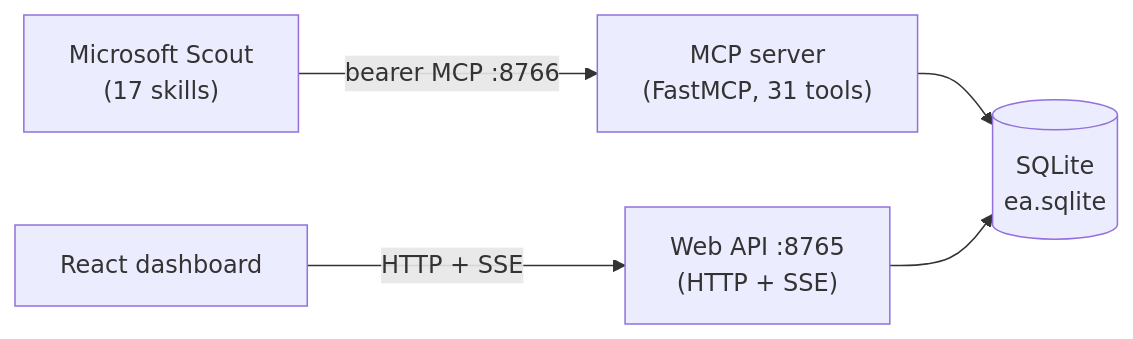
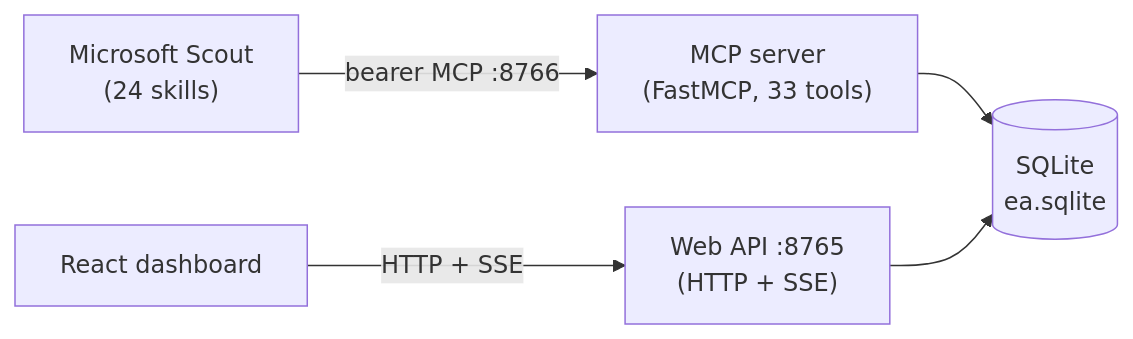
One commit to sgtslaughta/scout_ea changed the diagram in website/docs/architecture.md. Above: the diagram before and after it, drawn with Mermaid. The commit also changed other lines of this file and 7 other files, not shown here.

````diff
--- a/website/docs/architecture.md
+++ b/website/docs/architecture.md
@@ -5,7 +5,7 @@
 ```mermaid
 graph LR
-  Scout["Microsoft Scout<br/>(17 skills)"] -->|bearer MCP :8766| MCP["MCP server<br/>(FastMCP, 31 tools)"]
+  Scout["Microsoft Scout<br/>(24 skills)"] -->|bearer MCP :8766| MCP["MCP server<br/>(FastMCP, 33 tools)"]
   MCP --> DB[("SQLite<br/>ea.sqlite")]
   Web["Web API :8765<br/>(HTTP + SSE)"] --> DB
   UI["React dashboard"] -->|HTTP + SSE| Web
 ```
````
